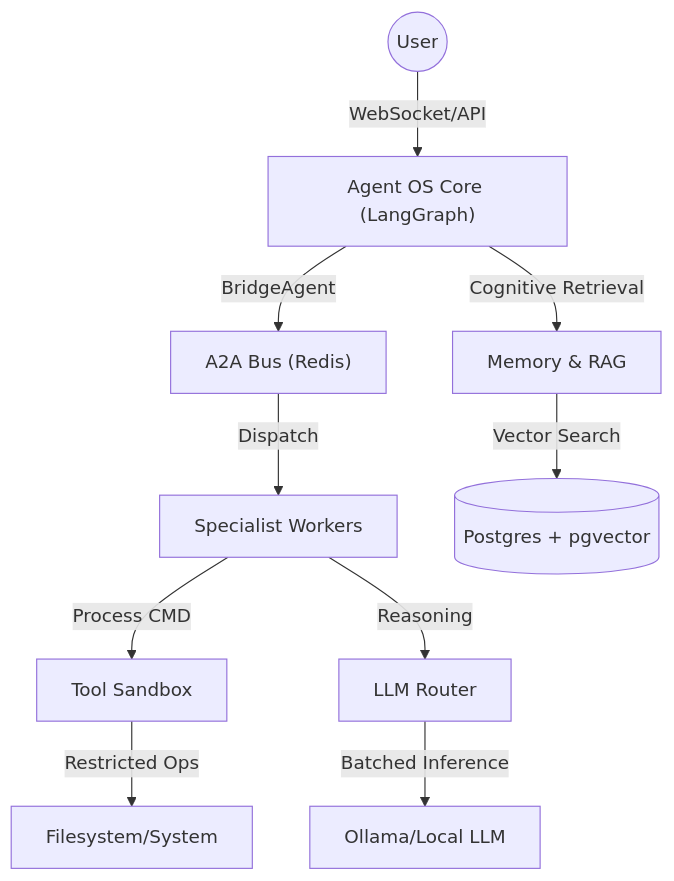
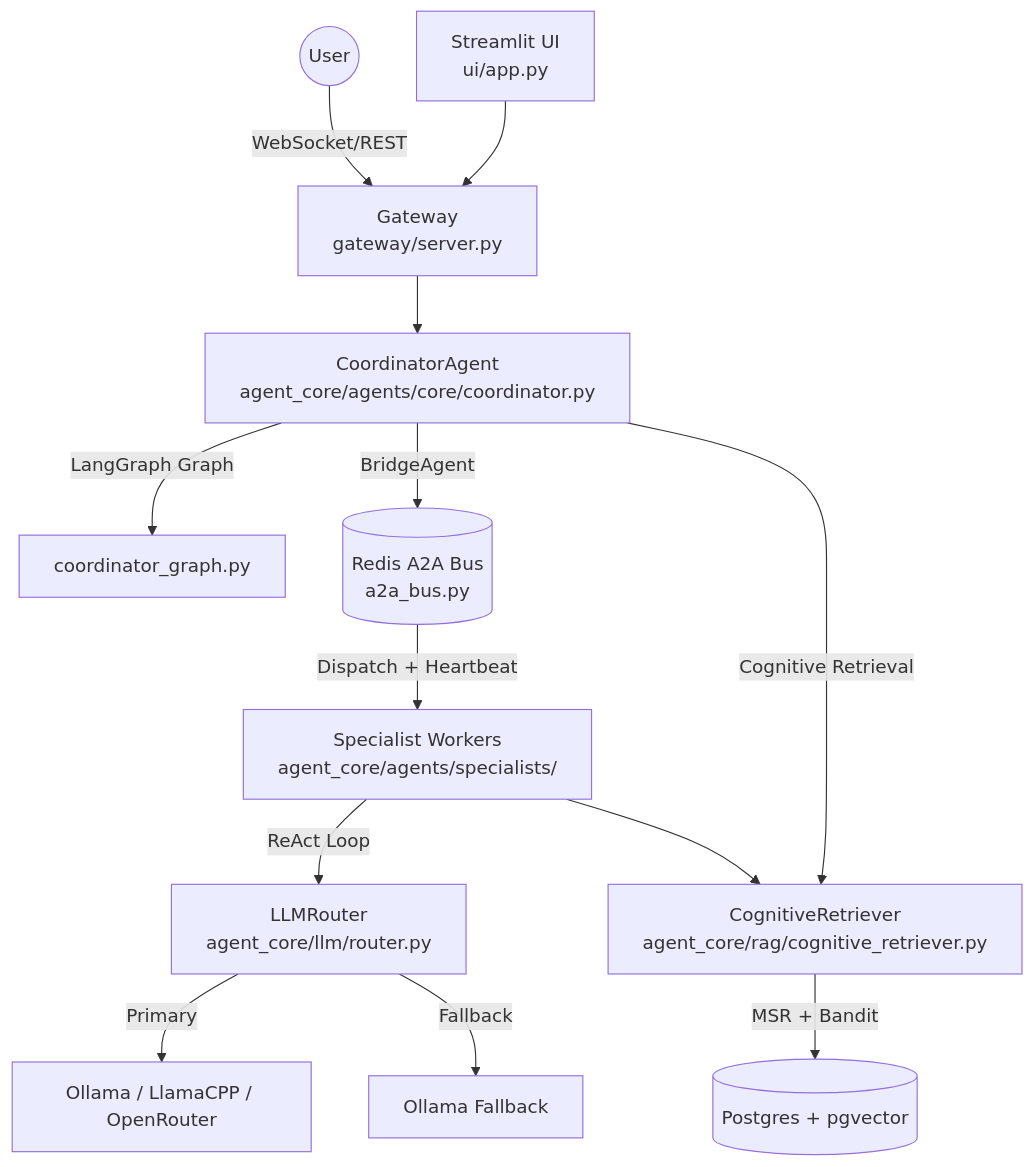
Before and after one commit to savyasachi6/agentic_os: the diagram in docs/architecture.md, drawn with Mermaid. The commit also changed other lines of this file and 14 other files, not shown here.

Commit message:
feat: implement capability agent and add comprehensive system documentation

````diff
--- a/docs/architecture.md
+++ b/docs/architecture.md
@@ -9,12 +9,15 @@
 ```mermaid
 graph TD
-    User(("User")) -->|WebSocket/API| Core["Agent OS Core (LangGraph)"]
-    Core -->|BridgeAgent| Bus["A2A Bus (Redis)"]
-    Bus -->|Dispatch| Workers["Specialist Workers"]
-    Core -->|Cognitive Retrieval| Memory["Memory & RAG"]
-    Memory -->|Vector Search| pgvector[("Postgres + pgvector")]
-    Workers -->|Process CMD| Sandbox["Tool Sandbox"]
-    Workers -->|Reasoning| LLM["LLM Router"]
-    LLM -->|Batched Inference| Ollama["Ollama/Local LLM"]
-    Sandbox -->|Restricted Ops| FS["Filesystem/System"]
+    User((User)) -->|WebSocket/REST| GW[Gateway\ngateway/server.py]
+    GW --> Core[CoordinatorAgent\nagent_core/agents/core/coordinator.py]
+    Core -->|LangGraph Graph| CG[coordinator_graph.py]
+    Core -->|BridgeAgent| Bus[(Redis A2A Bus\na2a_bus.py)]
+    Bus -->|Dispatch + Heartbeat| Workers[Specialist Workers\nagent_core/agents/specialists/]
+    Core -->|Cognitive Retrieval| CR[CognitiveRetriever\nagent_core/rag/cognitive_retriever.py]
+    CR -->|MSR + Bandit| PG[(Postgres + pgvector)]
+    Workers -->|ReAct Loop| LLM[LLMRouter\nagent_core/llm/router.py]
+    LLM -->|Primary| Ollama[Ollama / LlamaCPP / OpenRouter]
+    LLM -->|Fallback| FallbackOllama[Ollama Fallback]
+    Workers --> CR
+    UI[Streamlit UI\nui/app.py] --> GW
 ```
````
